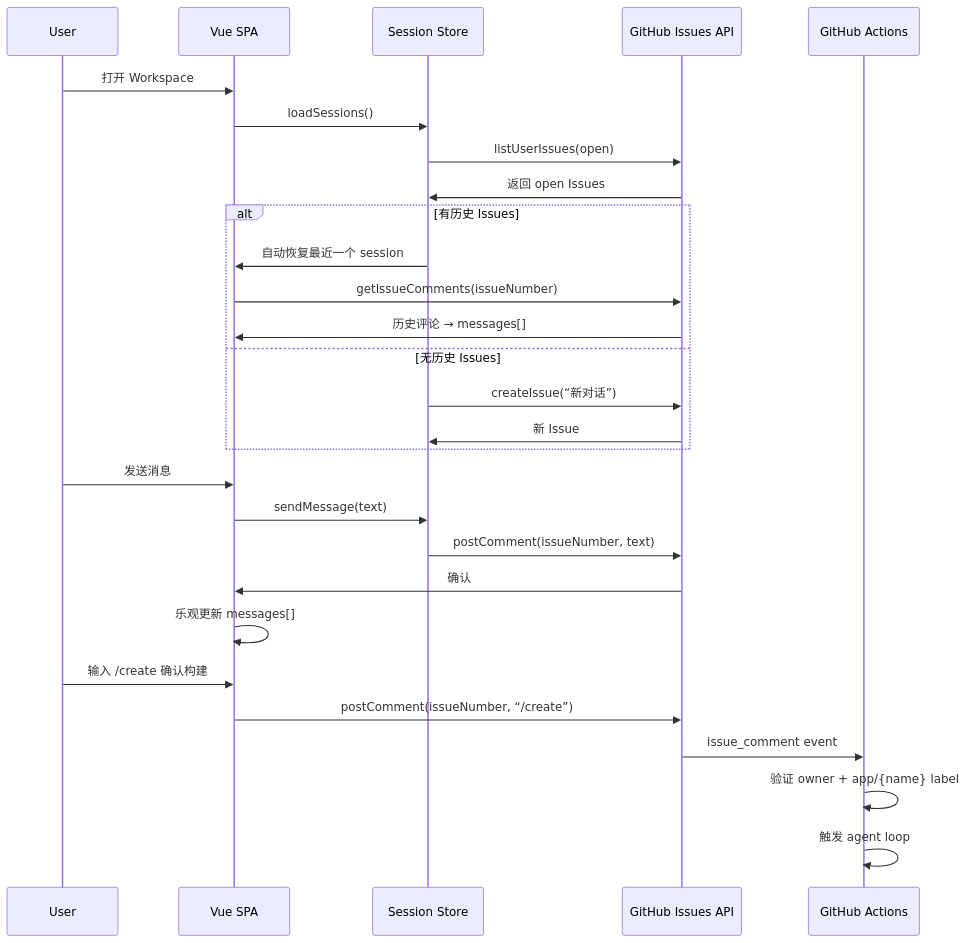
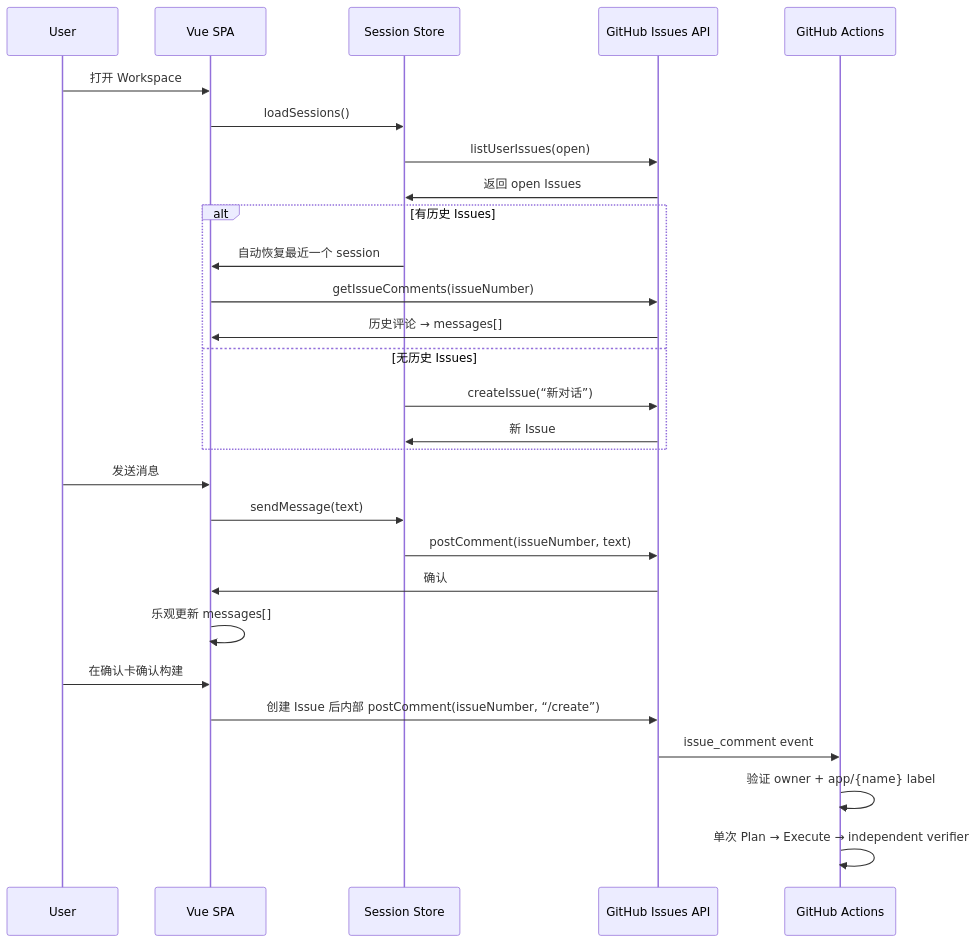
Before and after one commit to zenHeart/mitosis: the eighth of 9 diagrams in docs/architecture.md, drawn with Mermaid. The commit also changed other lines of this file and 20 other files, not shown here.

````diff
--- a/docs/architecture.md
+++ b/docs/architecture.md
@@ -388,33 +394,33 @@
 ```mermaid
 sequenceDiagram
     participant User
     participant SPA as Vue SPA
     participant Session as Session Store
     participant GH as GitHub Issues API
     participant CI as GitHub Actions
 
     User->>SPA: 打开 Workspace
     SPA->>Session: loadSessions()
     Session->>GH: listUserIssues(open)
     GH->>Session: 返回 open Issues
     alt 有历史 Issues
         Session->>SPA: 自动恢复最近一个 session
         SPA->>GH: getIssueComments(issueNumber)
         GH->>SPA: 历史评论 → messages[]
     else 无历史 Issues
         Session->>GH: createIssue(“新对话”)
         GH->>Session: 新 Issue
     end
 
     User->>SPA: 发送消息
     SPA->>Session: sendMessage(text)
     Session->>GH: postComment(issueNumber, text)
     GH->>SPA: 确认
     SPA->>SPA: 乐观更新 messages[]
 
-    User->>SPA: 输入 /create 确认构建
-    SPA->>GH: postComment(issueNumber, “/create”)
+    User->>SPA: 在确认卡确认构建
+    SPA->>GH: 创建 Issue 后内部 postComment(issueNumber, “/create”)
     GH->>CI: issue_comment event
     CI->>CI: 验证 owner + app/{name} label
-    CI->>CI: 触发 agent loop
+    CI->>CI: 单次 Plan → Execute → independent verifier
 ```
````
